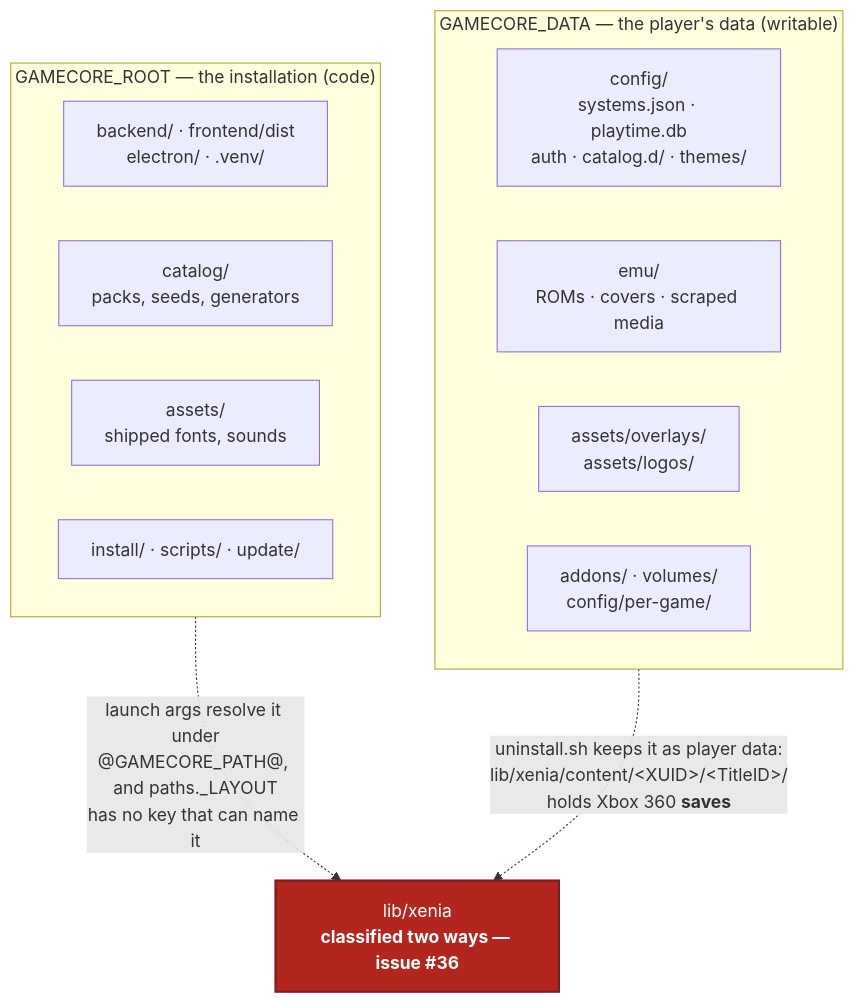
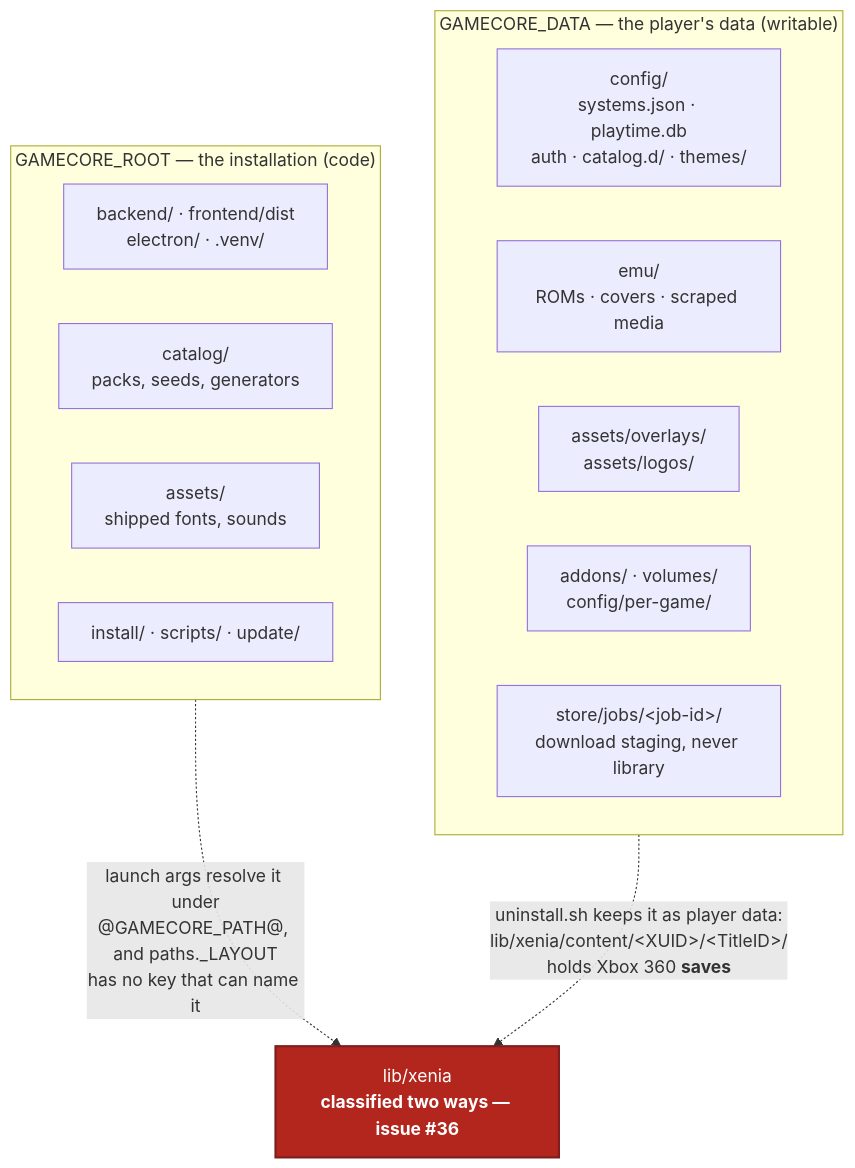
Before and after one commit to p4v1c/GamecoreRenew: the diagram in docs/architecture/07-config-and-data.md, drawn with Mermaid. The commit also changed other lines of this file and 22 other files, not shown here.

````diff
--- a/docs/architecture/07-config-and-data.md
+++ b/docs/architecture/07-config-and-data.md
@@ -40,25 +40,26 @@
 ```mermaid
 flowchart TB
     subgraph ROOT["GAMECORE_ROOT — the installation (code)"]
         direction LR
         r1["backend/ · frontend/dist<br/>electron/ · .venv/"]
         r2["catalog/<br/>packs, seeds, generators"]
         r3["assets/<br/>shipped fonts, sounds"]
         r4["install/ · scripts/ · update/"]
     end
 
     subgraph DATA["GAMECORE_DATA — the player's data (writable)"]
         direction LR
         d1["config/<br/>systems.json · playtime.db<br/>auth · catalog.d/ · themes/"]
         d2["emu/<br/>ROMs · covers · scraped media"]
         d3["assets/overlays/<br/>assets/logos/"]
         d4["addons/ · volumes/<br/>config/per-game/"]
+        d5["store/jobs/&lt;job-id&gt;/<br/>download staging, never library"]
     end
 
     AMB["lib/xenia<br/><b>classified two ways — issue #36</b>"]
 
     ROOT -.->|"launch args resolve it under<br/>@GAMECORE_PATH@, and paths._LAYOUT<br/>has no key that can name it"| AMB
     DATA -.->|"uninstall.sh keeps it as player data:<br/>lib/xenia/content/&lt;XUID&gt;/&lt;TitleID&gt;/<br/>holds Xbox 360 <b>saves</b>"| AMB
 
     style AMB fill:#b3261e,color:#fff,stroke:#7f1d1d,stroke-width:2px
 ```
````
